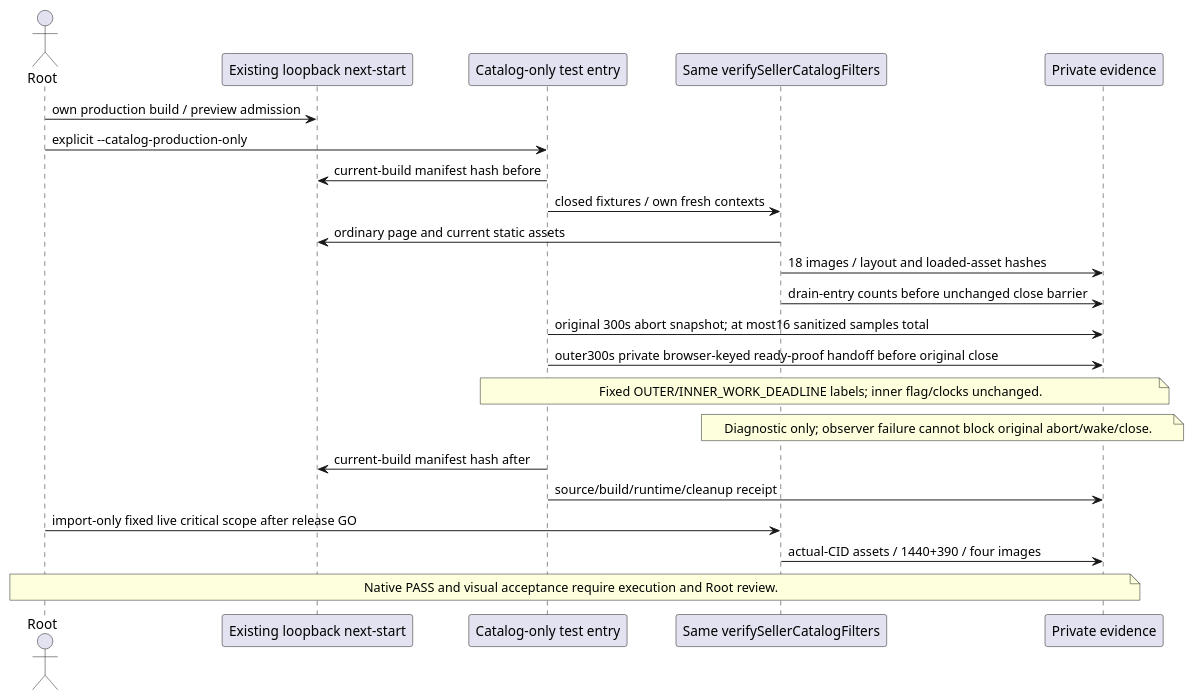
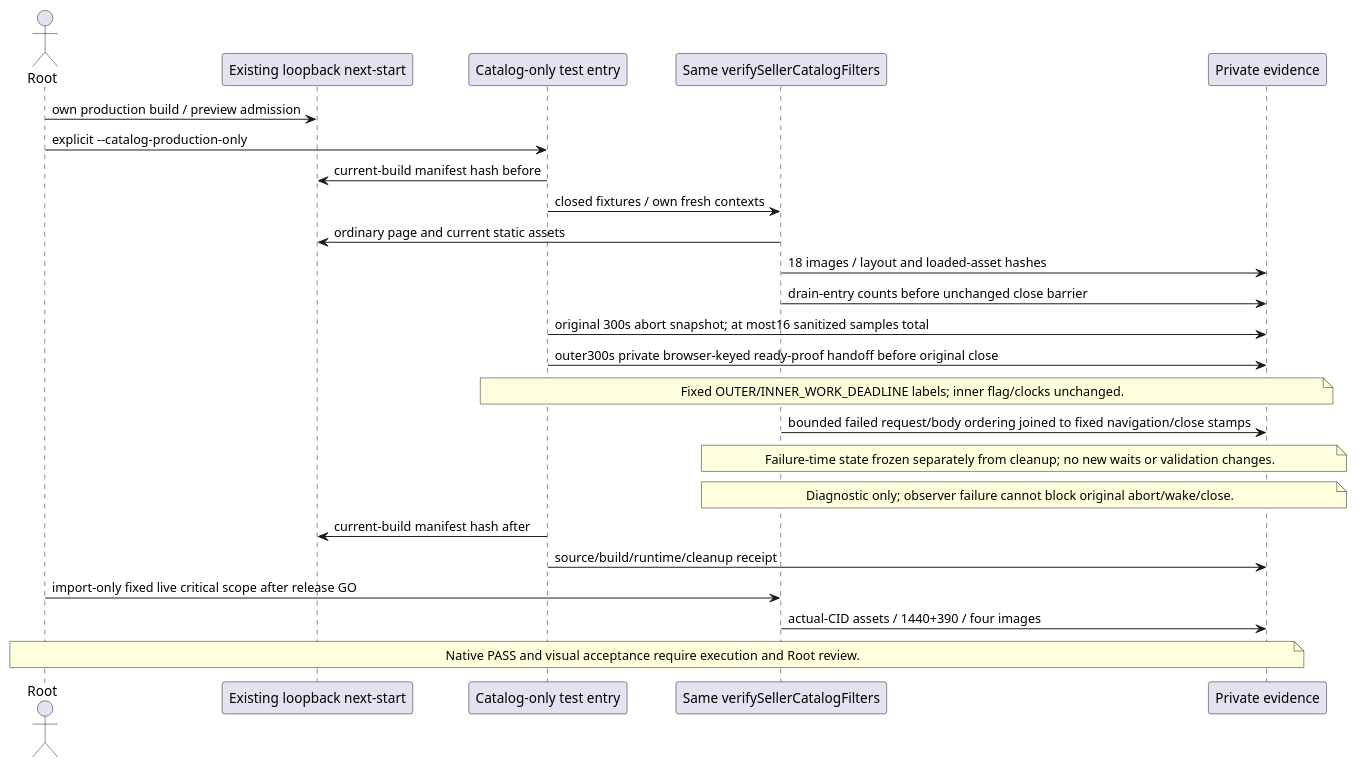
One commit to NeaBouli/inferno changed diagram 17 of 17 in docs/architecture/main-path.puml. Above: the diagram before and after it, drawn with PlantUML. The commit also changed 3 other files, not shown here.

Commit message:
test(catalog): record bounded body lifecycle ordering

```diff
--- a/docs/architecture/main-path.puml
+++ b/docs/architecture/main-path.puml
@@ -381,23 +381,25 @@
 @startuml catalog_production_qualification_419
 actor Root
 participant "Existing loopback next-start" as Renderer
 participant "Catalog-only test entry" as Mode
 participant "Same verifySellerCatalogFilters" as Catalog
 participant "Private evidence" as Evidence
 Root -> Renderer : own production build / preview admission
 Root -> Mode : explicit --catalog-production-only
 Mode -> Renderer : current-build manifest hash before
 Mode -> Catalog : closed fixtures / own fresh contexts
 Catalog -> Renderer : ordinary page and current static assets
 Catalog -> Evidence : 18 images / layout and loaded-asset hashes
 Catalog -> Evidence : drain-entry counts before unchanged close barrier
 Mode -> Evidence : original 300s abort snapshot; at most16 sanitized samples total
 Mode -> Evidence : outer300s private browser-keyed ready-proof handoff before original close
 note over Mode,Evidence : Fixed OUTER/INNER_WORK_DEADLINE labels; inner flag/clocks unchanged.
+Catalog -> Evidence : bounded failed request/body ordering joined to fixed navigation/close stamps
+note over Catalog,Evidence : Failure-time state frozen separately from cleanup; no new waits or validation changes.
 note over Catalog,Evidence : Diagnostic only; observer failure cannot block original abort/wake/close.
 Mode -> Renderer : current-build manifest hash after
 Mode -> Evidence : source/build/runtime/cleanup receipt
 Root -> Catalog : import-only fixed live critical scope after release GO
 Catalog -> Evidence : actual-CID assets / 1440+390 / four images
 note over Root,Evidence : Native PASS and visual acceptance require execution and Root review.
 @enduml
```
